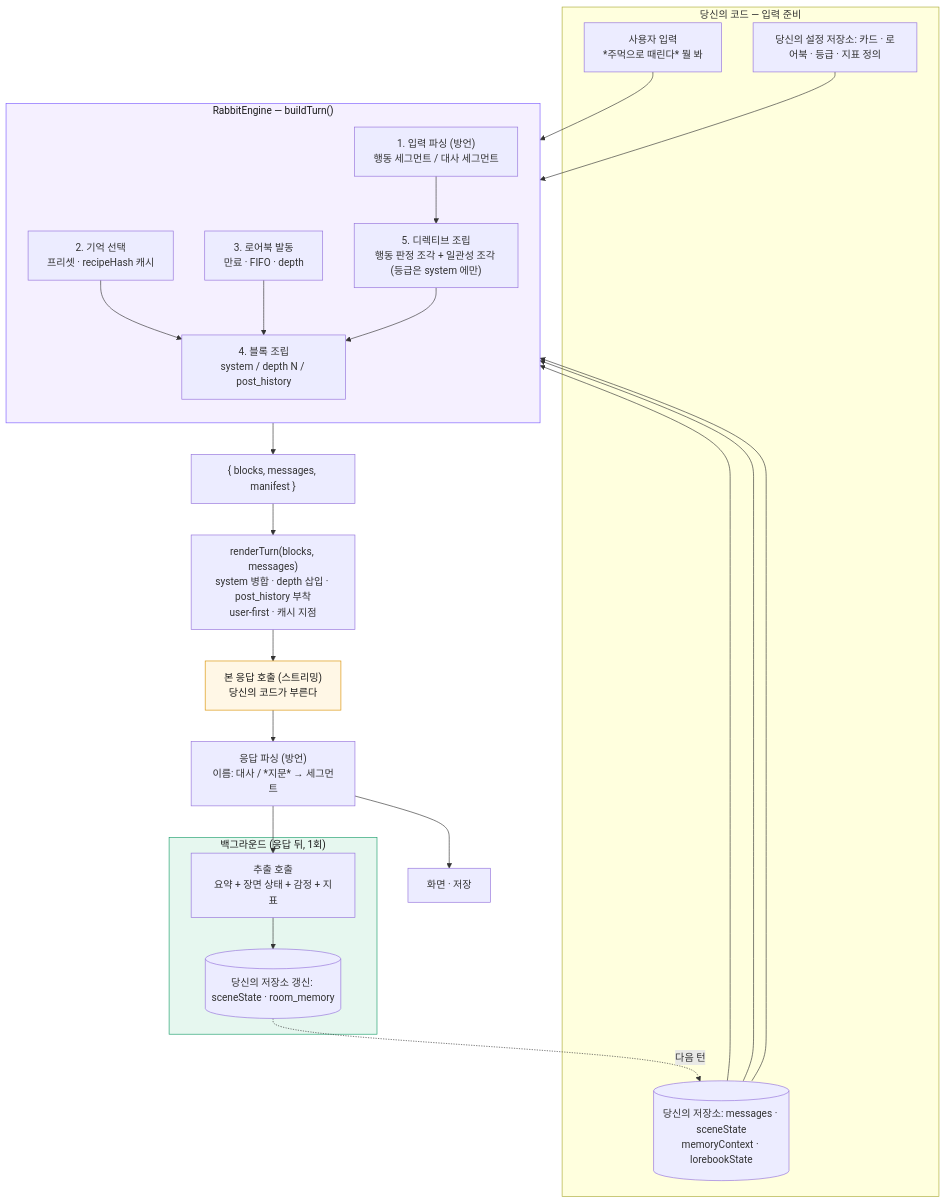
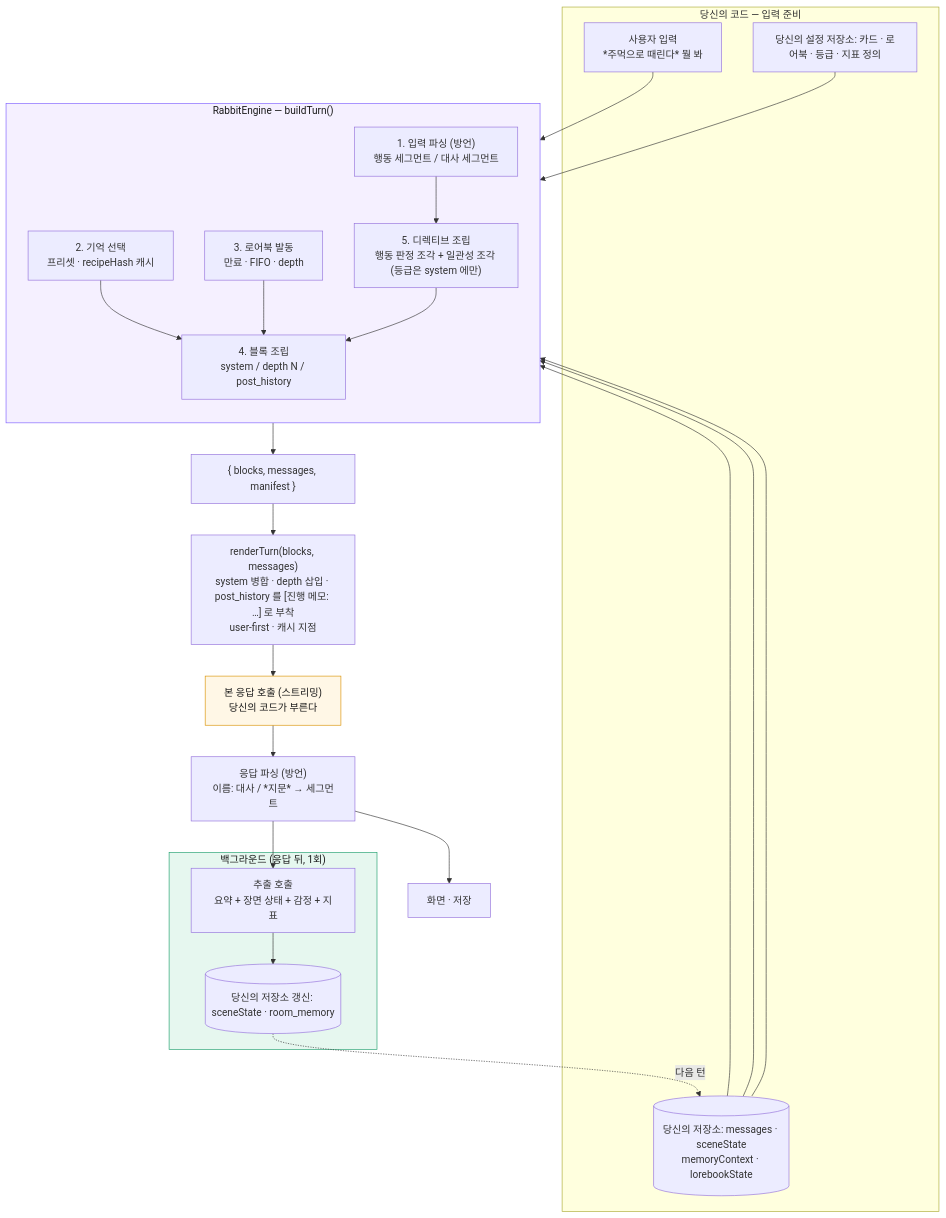
One commit to saroby/RabbitEngine changed the first of 3 diagrams in README.md. Above: the diagram before and after it, drawn with Mermaid. The commit also changed 6 other files, not shown here.

````diff
--- a/README.md
+++ b/README.md
@@ -11,46 +11,46 @@
 ```mermaid
 flowchart TB
     subgraph HOST_IN["당신의 코드 — 입력 준비"]
         U["사용자 입력<br>*주먹으로 때린다* 뭘 봐"]
         DB[("당신의 저장소: messages · sceneState<br>memoryContext · lorebookState")]
         CAT["당신의 설정 저장소: 카드 · 로어북 · 등급 · 지표 정의"]
     end
 
     subgraph ENGINE["RabbitEngine — buildTurn()"]
         direction TB
         P1["1. 입력 파싱 (방언)<br>행동 세그먼트 / 대사 세그먼트"]
         P2["2. 기억 선택<br>프리셋 · recipeHash 캐시"]
         P3["3. 로어북 발동<br>만료 · FIFO · depth"]
         P4["4. 블록 조립<br>system / depth N / post_history"]
         P5["5. 디렉티브 조립<br>행동 판정 조각 + 일관성 조각 (등급은 system 에만)"]
         P1 --> P5
         P2 --> P4
         P3 --> P4
         P5 --> P4
     end
 
     OUT["{ blocks, messages, manifest }"]
-    R["renderTurn(blocks, messages)<br>system 병합 · depth 삽입 · post_history 부착<br>user-first · 캐시 지점"]
+    R["renderTurn(blocks, messages)<br>system 병합 · depth 삽입 · post_history 를 [진행 메모: …] 로 부착<br>user-first · 캐시 지점"]
     LLM["본 응답 호출 (스트리밍)<br>당신의 코드가 부른다"]
     PARSE["응답 파싱 (방언)<br>이름: 대사 / *지문* → 세그먼트"]
     UI["화면 · 저장"]
 
     subgraph BG["백그라운드 (응답 뒤, 1회)"]
         X["추출 호출<br>요약 + 장면 상태 + 감정 + 지표"]
         S[("당신의 저장소 갱신: sceneState · room_memory")]
         X --> S
     end
 
     U --> P1
     DB --> P2
     DB --> P3
     CAT --> P4
     DB --> P4
     ENGINE --> OUT --> R --> LLM --> PARSE --> UI
     PARSE --> X
     S -. 다음 턴 .-> DB
 
     style ENGINE fill:#f5f0ff,stroke:#7c5cff,color:#1a1a1a
     style BG fill:#e6f7ef,stroke:#1a9e6a,color:#1a1a1a
     style LLM fill:#fff7e6,stroke:#d99100,color:#1a1a1a
 ```
````
